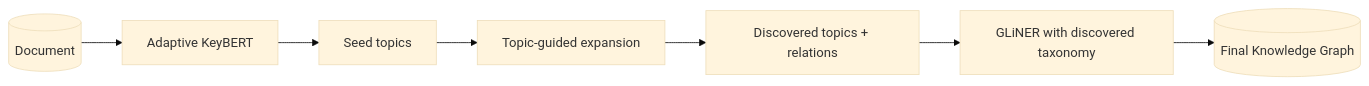
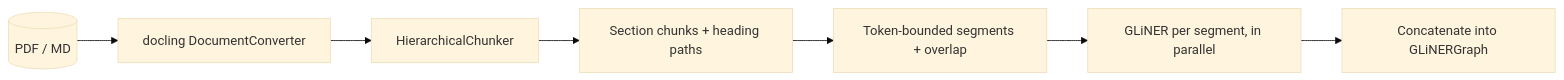
One commit to AlbertoVilla87/kgraph changed the second of 2 diagrams in docs/approaches/adaptive_keybert_gliner.md. Above: the diagram before and after it, drawn with Mermaid (base theme). The commit also changed other lines of this file and 16 other files, not shown here.

Commit message:
Add section-aware segmentation to beat the 1024-token GLiNER window

````diff
--- a/docs/approaches/adaptive_keybert_gliner.md
+++ b/docs/approaches/adaptive_keybert_gliner.md
@@ -5,9 +275,9 @@
 ```mermaid
 flowchart LR
-    A[(Document)] --> B[Adaptive KeyBERT]
-    B --> C[Seed topics]
-    C --> D[Topic-guided expansion]
-    D --> E[Discovered topics + relations]
-    E --> F[GLiNER with discovered taxonomy]
-    F --> G[(Final Knowledge Graph)]
+    A[(PDF / MD)] --> B[docling DocumentConverter]
+    B --> C[HierarchicalChunker]
+    C --> D[Section chunks + heading paths]
+    D --> E[Token-bounded segments + overlap]
+    E --> F[GLiNER per segment, in parallel]
+    F --> G[Concatenate into GLiNERGraph]
 ```
````
